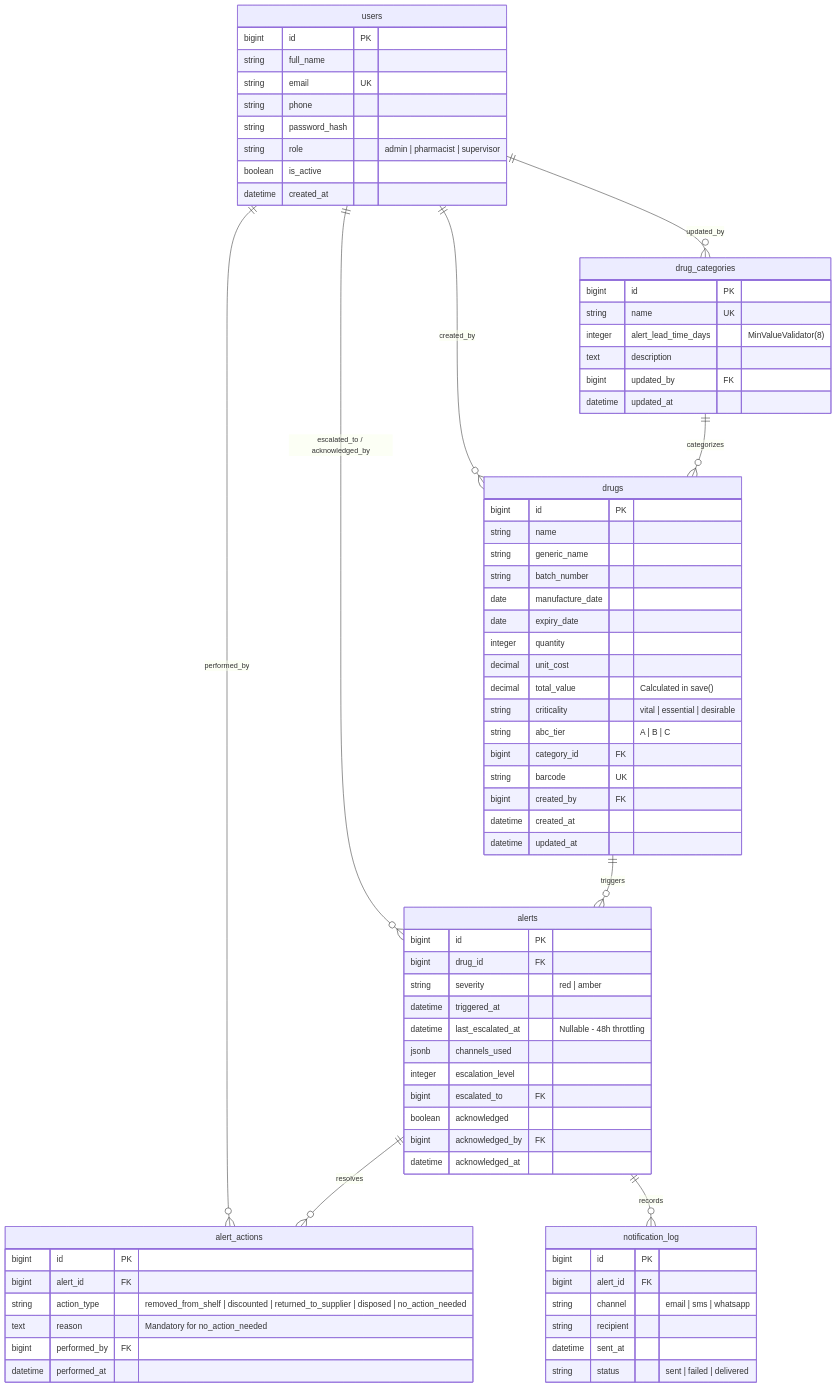
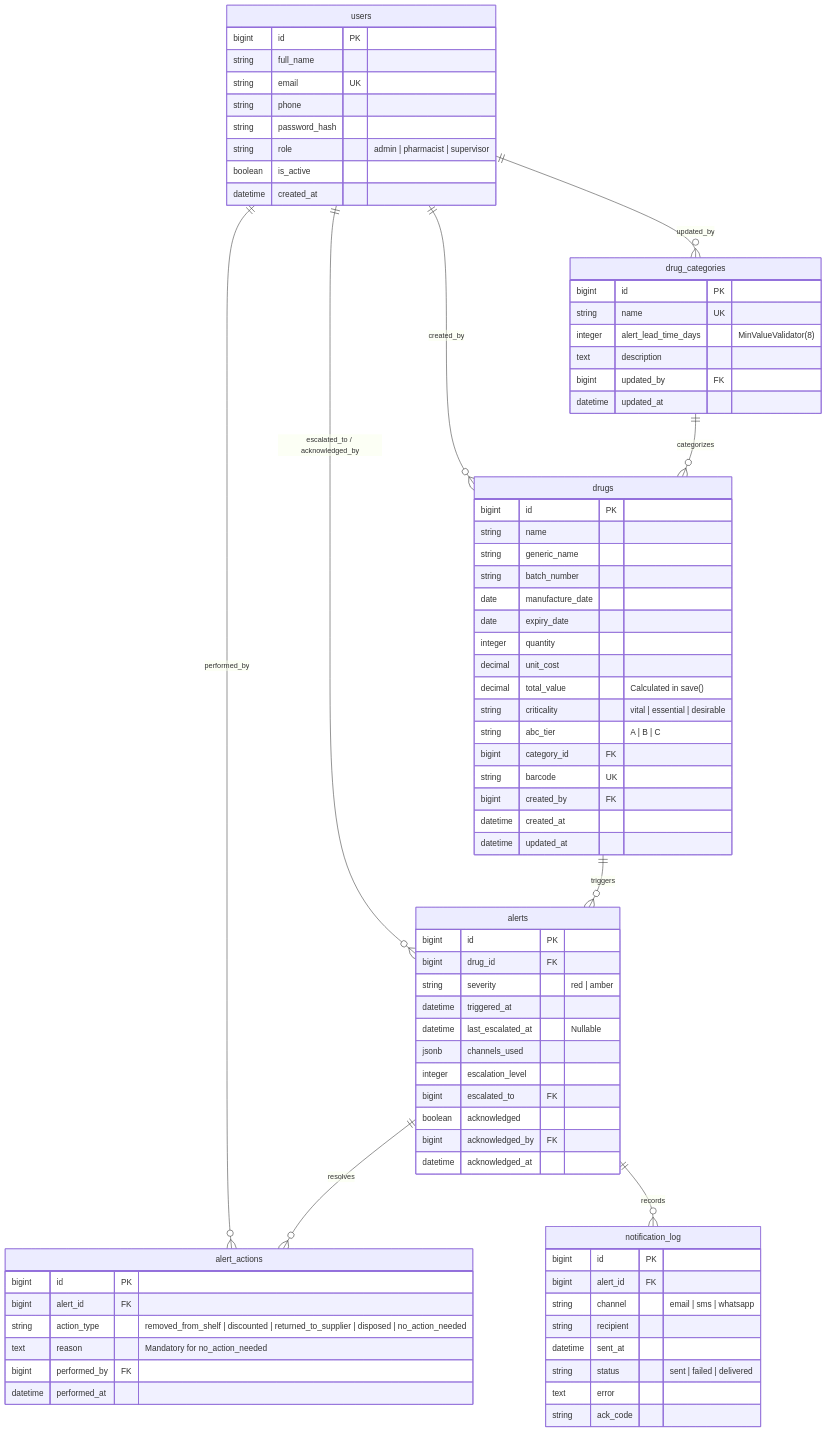
Before and after one commit to x15o3i/pharmakon: the second of 2 diagrams in PROJECT_DOCUMENTATION.md, drawn with Mermaid. The commit also changed other lines of this file, not shown here.

````diff
--- a/PROJECT_DOCUMENTATION.md
+++ b/PROJECT_DOCUMENTATION.md
@@ -158,7 +160,7 @@
         bigint drug_id FK
         string severity "red | amber"
         datetime triggered_at
-        datetime last_escalated_at "Nullable - 48h throttling"
+        datetime last_escalated_at "Nullable"
         jsonb channels_used
         integer escalation_level
         bigint escalated_to FK
@@ -183,5 +185,7 @@
         string recipient
         datetime sent_at
         string status "sent | failed | delivered"
+        text error
+        string ack_code
     }
 ```
````
